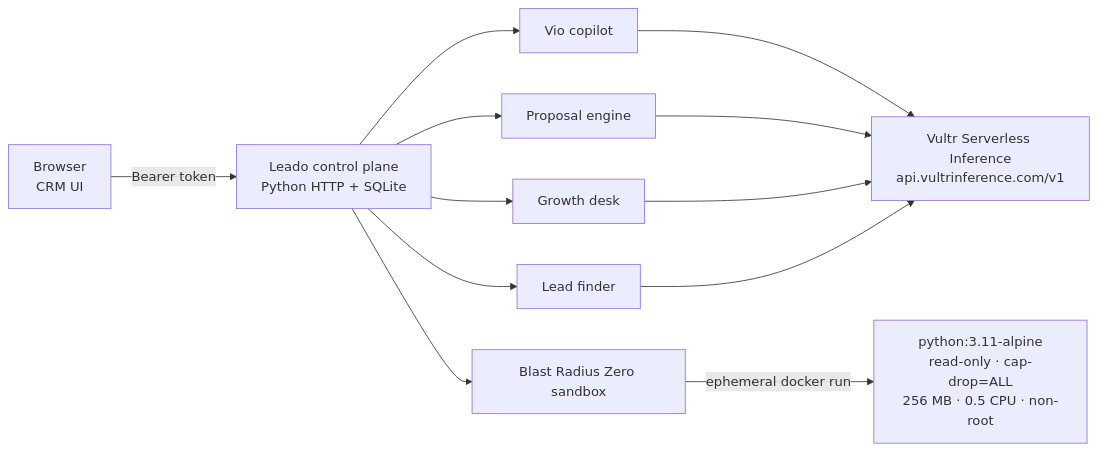
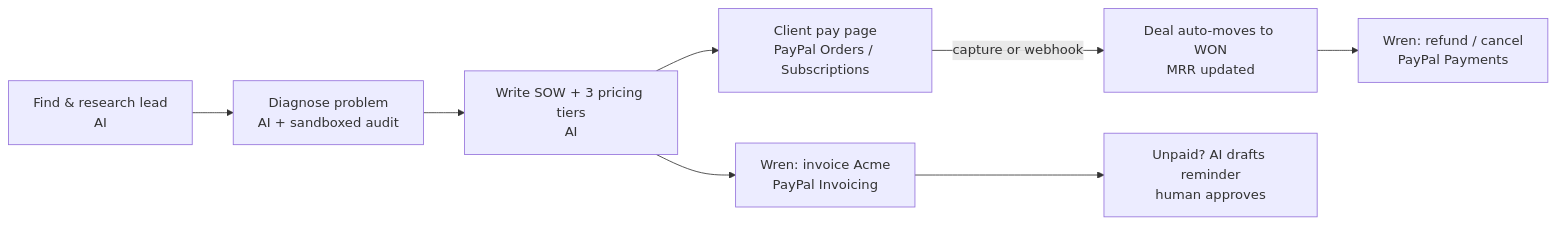
Before and after one commit to Muhammad-Tayyab-Bhutto/Leado: the diagram in README.md, drawn with Mermaid. The commit also changed other lines of this file and 2 other files, not shown here.

First line of the commit message:
docs: rewrite README for the PayPal build; remove stale docs

````diff
--- a/README.md
+++ b/README.md
@@ -28,17 +14,10 @@
 ```mermaid
 flowchart LR
-    U[Browser<br/>CRM UI] -->|Bearer token| A[Leado control plane<br/>Python HTTP + SQLite]
-
-    A --> V[Vio copilot]
-    A --> P[Proposal engine]
-    A --> G[Growth desk]
-    A --> L[Lead finder]
-
-    V --> I[Vultr Serverless Inference<br/>api.vultrinference.com/v1]
-    P --> I
-    G --> I
-    L --> I
-
-    A --> S[Blast Radius Zero sandbox]
-    S -->|ephemeral docker run| C[python:3.11-alpine<br/>read-only · cap-drop=ALL<br/>256 MB · 0.5 CPU · non-root]
+    A[Find & research lead<br/>AI] --> B[Diagnose problem<br/>AI + sandboxed audit]
+    B --> C[Write SOW + 3 pricing tiers<br/>AI]
+    C --> D[Client pay page<br/>PayPal Orders / Subscriptions]
+    D -->|capture or webhook| E[Deal auto-moves to WON<br/>MRR updated]
+    C --> F[Wren: invoice Acme<br/>PayPal Invoicing]
+    F --> G[Unpaid? AI drafts reminder<br/>human approves]
+    E --> H[Wren: refund / cancel<br/>PayPal Payments]
 ```
````
